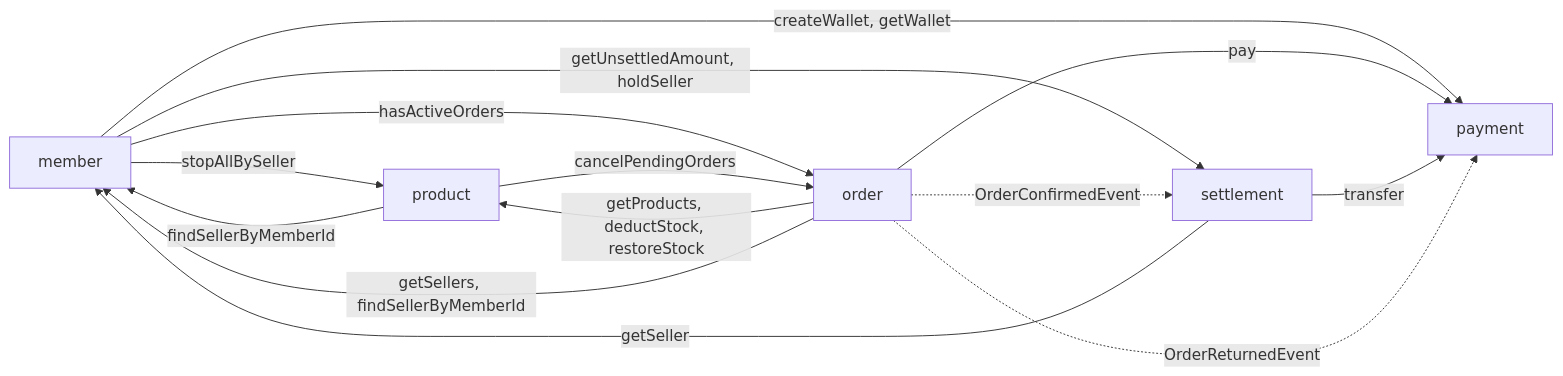
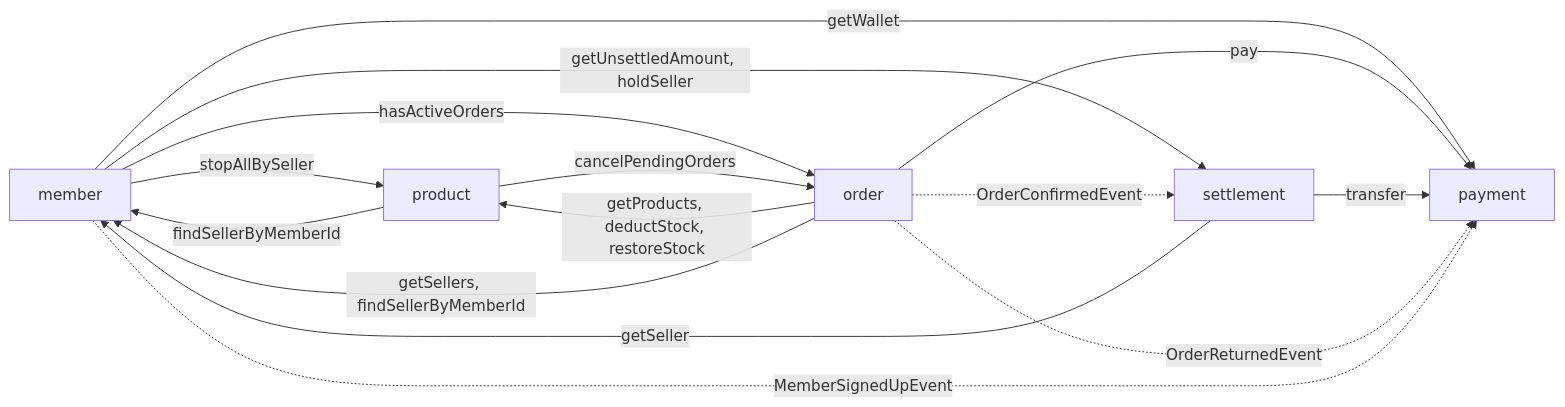
The diagram in docs/palette_development_guide.md (prgrms-be-adv-devcourse/beadv8_2_TRSS_BE), drawn with Mermaid before and after one commit. The commit also changed other lines of this file and 1 other file, not shown here.

Commit message:
docs: TRSS-8 / 회원가입 지갑 생성 이벤트 방식으로 계약 문서·개발 가이드 수정

````diff
--- a/docs/palette_development_guide.md
+++ b/docs/palette_development_guide.md
@@ -130,16 +130,17 @@
 ```mermaid
 flowchart LR
-    member -->|createWallet, getWallet| payment
+    member -->|getWallet| payment
     member -->|stopAllBySeller| product
     member -->|hasActiveOrders| order
     member -->|getUnsettledAmount, holdSeller| settlement
     product -->|findSellerByMemberId| member
     product -->|cancelPendingOrders| order
     order -->|getProducts, deductStock, restoreStock| product
     order -->|pay| payment
     order -->|getSellers, findSellerByMemberId| member
     settlement -->|transfer| payment
     settlement -->|getSeller| member
     order -. OrderReturnedEvent .-> payment
     order -. OrderConfirmedEvent .-> settlement
+    member -. MemberSignedUpEvent .-> payment
 ```
````
